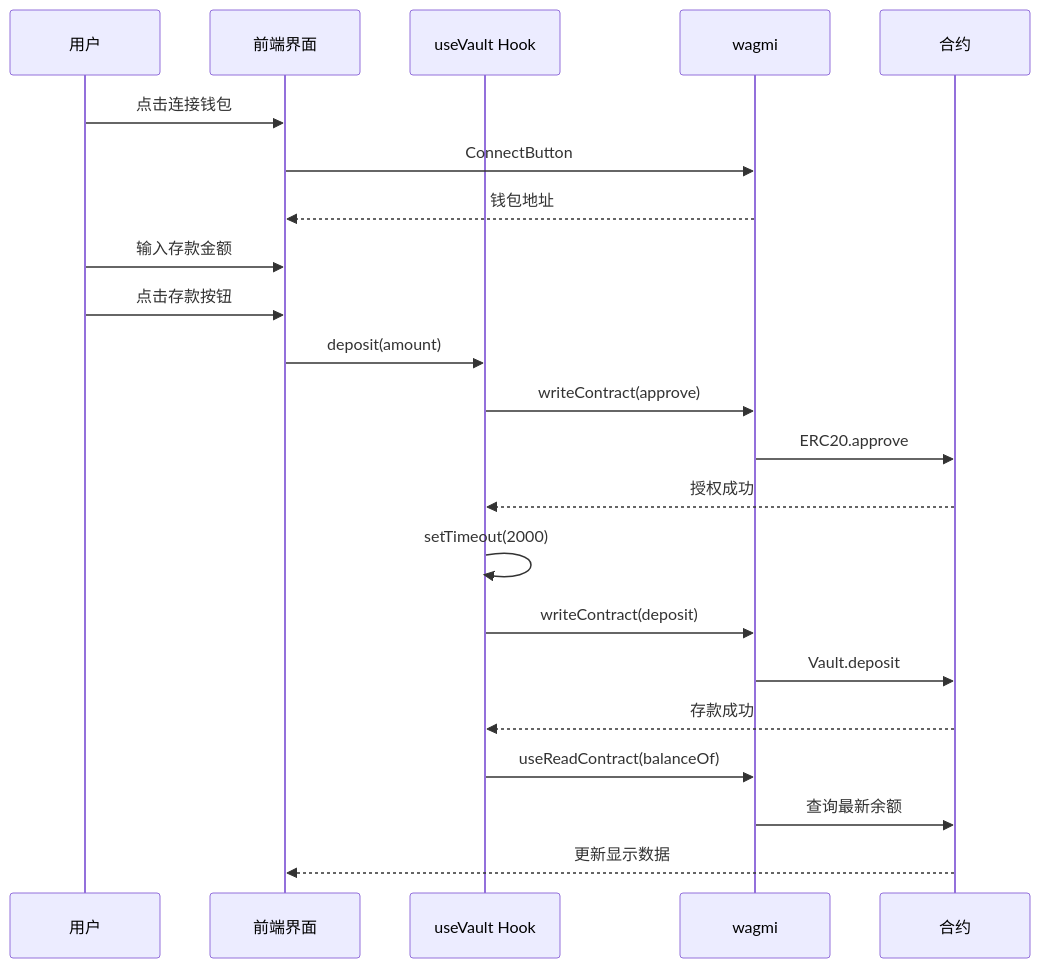
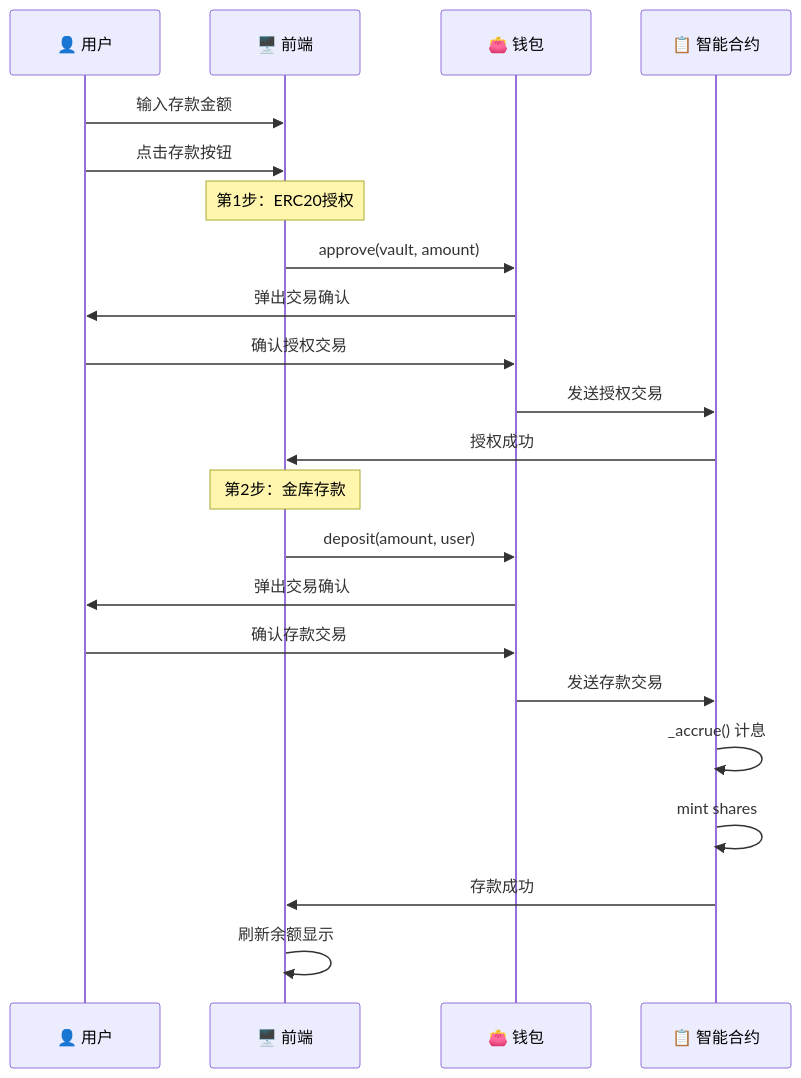
The third of 4 diagrams in docs/lessons/05-frontend.md (RohithVetri/defi-fixed-yield-course), drawn with Mermaid before and after one commit. The commit also changed other lines of this file and 5 other files, not shown here.

````diff
--- a/docs/lessons/05-frontend.md
+++ b/docs/lessons/05-frontend.md
@@ -370,28 +124,27 @@
 ```mermaid
 sequenceDiagram
-    participant User as 用户
-    participant UI as 前端界面
-    participant Hook as useVault Hook
-    participant Wagmi as wagmi
-    participant Contract as 合约
+    participant User as 👤 用户  
+    participant Frontend as 🖥️ 前端
+    participant Wallet as 👛 钱包
+    participant Contract as 📋 智能合约
 
-    User->>UI: 点击连接钱包
-    UI->>Wagmi: ConnectButton
-    Wagmi-->>UI: 钱包地址
-
-    User->>UI: 输入存款金额
-    User->>UI: 点击存款按钮
-    UI->>Hook: deposit(amount)
-    Hook->>Wagmi: writeContract(approve)
-    Wagmi->>Contract: ERC20.approve
-    Contract-->>Hook: 授权成功
+    User->>Frontend: 输入存款金额
+    User->>Frontend: 点击存款按钮
     
-    Hook->>Hook: setTimeout(2000)
-    Hook->>Wagmi: writeContract(deposit)
-    Wagmi->>Contract: Vault.deposit
-    Contract-->>Hook: 存款成功
+    Note over Frontend: 第1步：ERC20授权
+    Frontend->>Wallet: approve(vault, amount)
+    Wallet->>User: 弹出交易确认
+    User->>Wallet: 确认授权交易
+    Wallet->>Contract: 发送授权交易
+    Contract->>Frontend: 授权成功
     
-    Hook->>Wagmi: useReadContract(balanceOf)
-    Wagmi->>Contract: 查询最新余额
-    Contract-->>UI: 更新显示数据
+    Note over Frontend: 第2步：金库存款
+    Frontend->>Wallet: deposit(amount, user)
+    Wallet->>User: 弹出交易确认  
+    User->>Wallet: 确认存款交易
+    Wallet->>Contract: 发送存款交易
+    Contract->>Contract: _accrue() 计息
+    Contract->>Contract: mint shares
+    Contract->>Frontend: 存款成功
+    Frontend->>Frontend: 刷新余额显示
 ```
````
